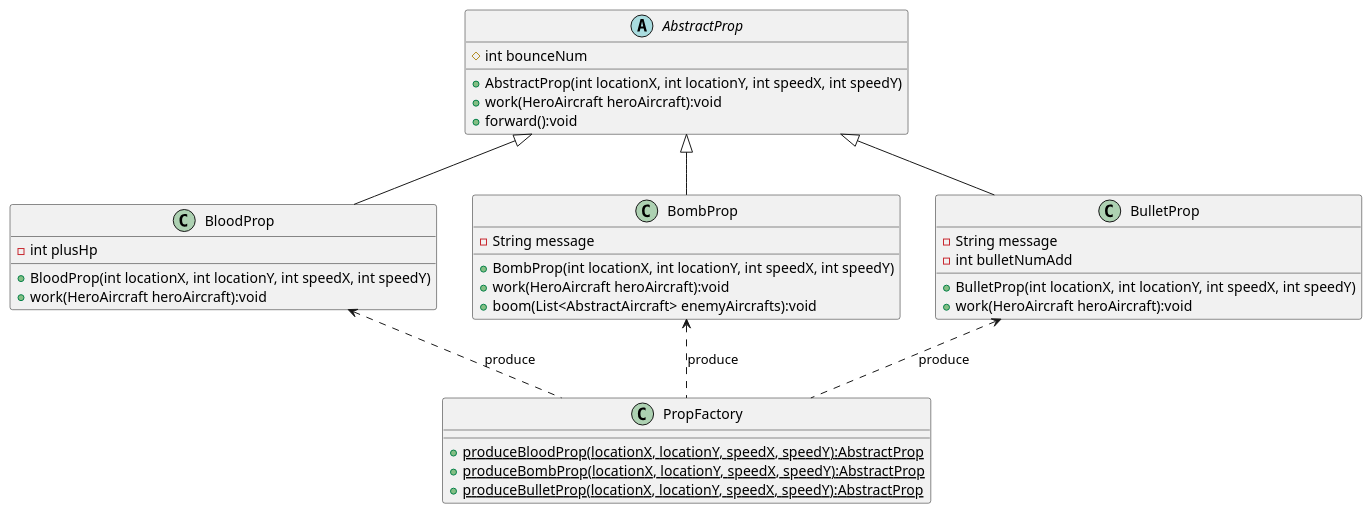
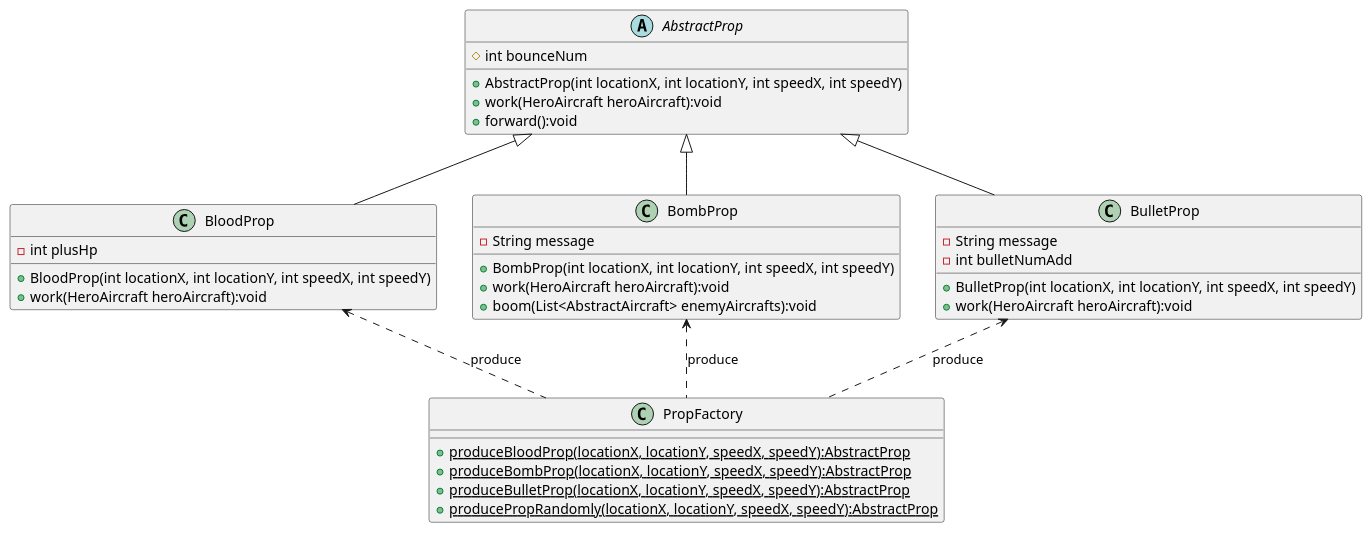
The diagram in uml/PropFactory.puml (KKjimmie/AircraftWar), drawn with PlantUML before and after one commit. The commit also changed 10 other files, not shown here.

```diff
--- a/uml/PropFactory.puml
+++ b/uml/PropFactory.puml
@@ -1,46 +1,47 @@
 @startuml
 'https://plantuml.com/class-diagram
 
 abstract class AbstractProp
 {
     # int bounceNum
     + AbstractProp(int locationX, int locationY, int speedX, int speedY)
     + work(HeroAircraft heroAircraft):void
     + forward():void
 }
 
 class BloodProp {
     - int plusHp
     + BloodProp(int locationX, int locationY, int speedX, int speedY)
     + work(HeroAircraft heroAircraft):void
 }
 
 class BombProp {
     - String message
     + BombProp(int locationX, int locationY, int speedX, int speedY)
     + work(HeroAircraft heroAircraft):void
     + boom(List<AbstractAircraft> enemyAircrafts):void
 }
 
 class BulletProp{
     - String message
     - int bulletNumAdd
     + BulletProp(int locationX, int locationY, int speedX, int speedY)
     + work(HeroAircraft heroAircraft):void
 }
 
 class PropFactory{
     + {static} produceBloodProp(locationX, locationY, speedX, speedY):AbstractProp
     + {static} produceBombProp(locationX, locationY, speedX, speedY):AbstractProp
     + {static} produceBulletProp(locationX, locationY, speedX, speedY):AbstractProp
+    + {static} producePropRandomly(locationX, locationY, speedX, speedY):AbstractProp
 }
 
 
 AbstractProp <|-- BloodProp
 AbstractProp <|-- BombProp
 AbstractProp <|-- BulletProp
 
 BloodProp <.. PropFactory : produce
 BombProp <.. PropFactory : produce
 BulletProp <.. PropFactory : produce
 @enduml
```
